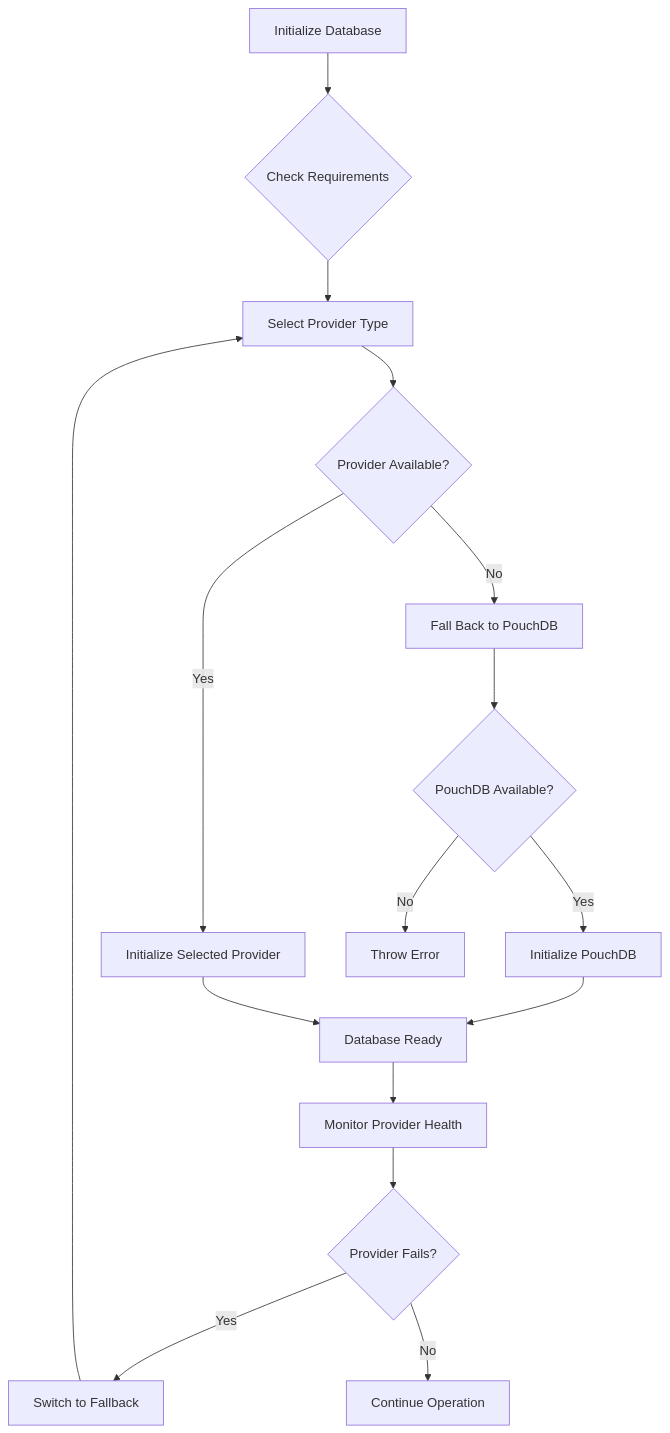
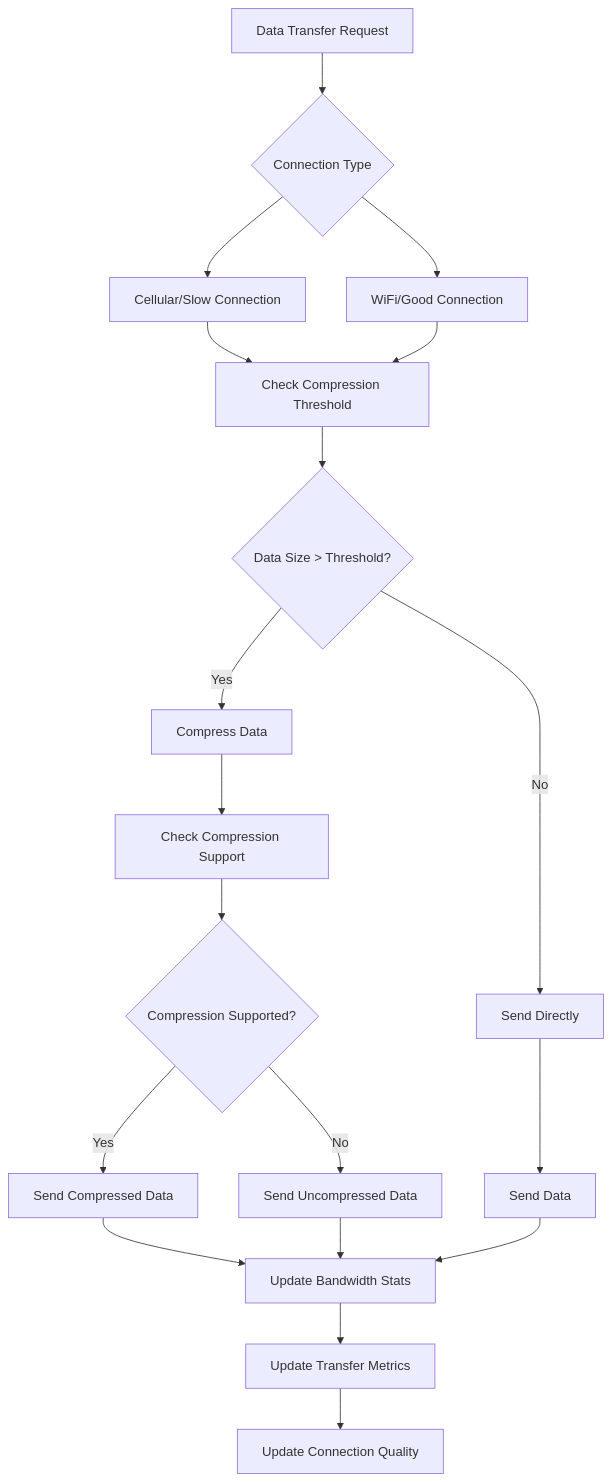
One commit to geniusdynamics/schoolpilot changed diagram 19 of 20 in .qoder/repowiki/en/content/Architecture Overview/Data Management Architecture/Data Synchronization Workflow/Data Synchronization Workflow.md. Above: the diagram before and after it, drawn with Mermaid. The commit also changed other lines of this file and 8 other files, not shown here.

````diff
--- a/.qoder/repowiki/en/content/Architecture Overview/Data Management Architecture/Data Synchronization Workflow/Data Synchronization Workflow.md
+++ b/.qoder/repowiki/en/content/Architecture Overview/Data Management Architecture/Data Synchronization Workflow/Data Synchronization Workflow.md
@@ -533,18 +748,21 @@
 ```mermaid
 flowchart TD
-A[Initialize Database] --> B{Check Requirements}
-B --> C[Select Provider Type]
-C --> D{Provider Available?}
-D --> |Yes| E[Initialize Selected Provider]
-D --> |No| F[Fall Back to PouchDB]
-F --> G{PouchDB Available?}
-G --> |Yes| H[Initialize PouchDB]
-G --> |No| I[Throw Error]
-H --> J[Database Ready]
-E --> J
-J --> K[Monitor Provider Health]
-K --> L{Provider Fails?}
-L --> |Yes| M[Switch to Fallback]
-M --> C
-L --> |No| N[Continue Operation]
+A[Data Transfer Request] --> B{Connection Type}
+B --> C[Cellular/Slow Connection]
+B --> D[WiFi/Good Connection]
+C --> E[Check Compression Threshold]
+D --> E
+E --> F{Data Size > Threshold?}
+F --> |Yes| G[Compress Data]
+F --> |No| H[Send Directly]
+G --> I[Check Compression Support]
+I --> J{Compression Supported?}
+J --> |Yes| K[Send Compressed Data]
+J --> |No| L[Send Uncompressed Data]
+H --> M[Send Data]
+K --> N[Update Bandwidth Stats]
+L --> N
+M --> N
+N --> O[Update Transfer Metrics]
+O --> P[Update Connection Quality]
 ```
````
